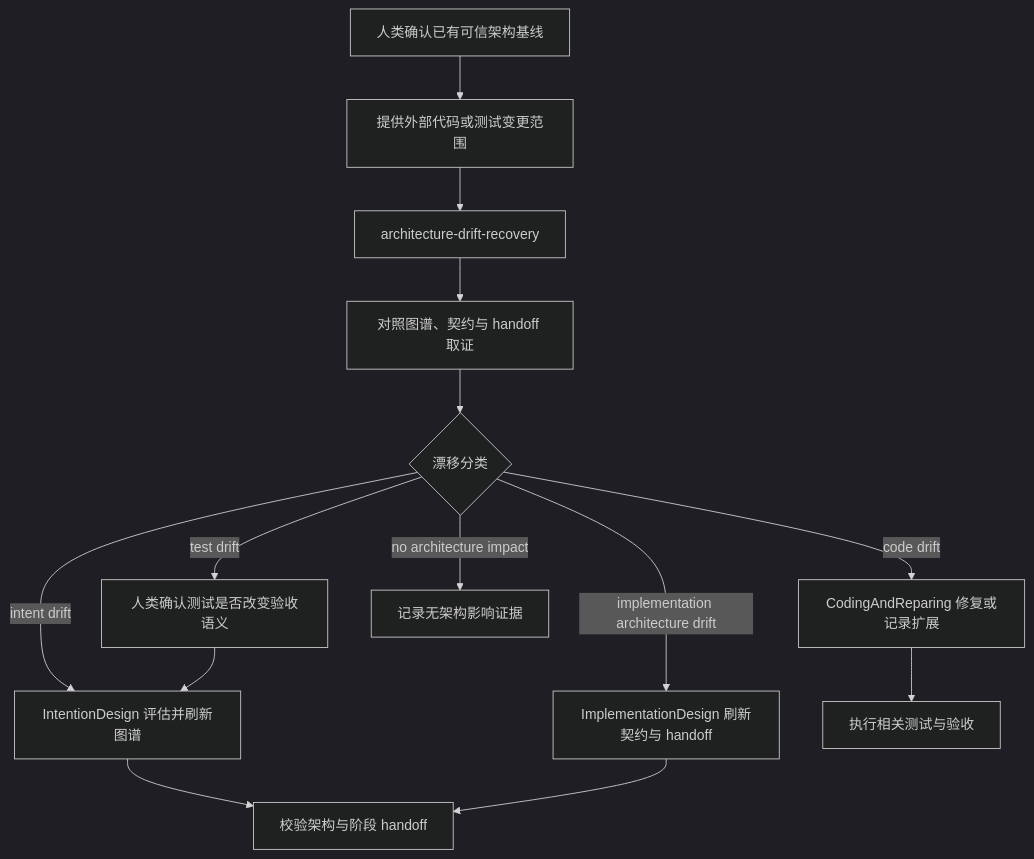
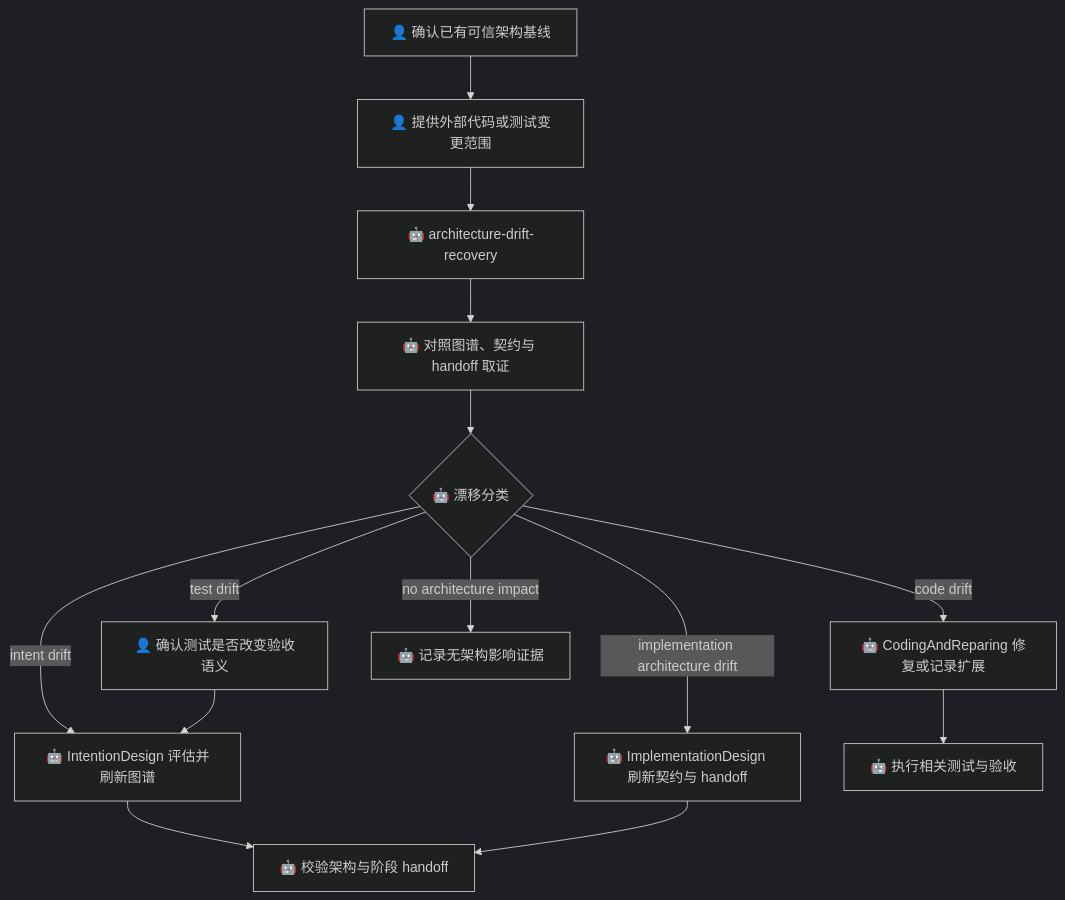
One commit to derekhu0002/Argo changed the fifth of 11 diagrams in design/argo-harness/usage-scenarios/README.md. Above: the diagram before and after it, drawn with Mermaid (dark theme). The commit also changed other lines of this file, not shown here.

````diff
--- a/design/argo-harness/usage-scenarios/README.md
+++ b/design/argo-harness/usage-scenarios/README.md
@@ -132,16 +135,16 @@
 ```mermaid
 flowchart TD
-    A[人类确认已有可信架构基线] --> B[提供外部代码或测试变更范围]
-    B --> C[architecture-drift-recovery]
-    C --> D[对照图谱、契约与 handoff 取证]
-    D --> E{漂移分类}
-    E -- intent drift --> F[IntentionDesign 评估并刷新图谱]
-    E -- implementation architecture drift --> G[ImplementationDesign 刷新契约与 handoff]
-    E -- code drift --> H[CodingAndReparing 修复或记录扩展]
-    E -- test drift --> I[人类确认测试是否改变验收语义]
+    A[👤 确认已有可信架构基线] --> B[👤 提供外部代码或测试变更范围]
+    B --> C[🤖 architecture-drift-recovery]
+    C --> D[🤖 对照图谱、契约与 handoff 取证]
+    D --> E{🤖 漂移分类}
+    E -- intent drift --> F[🤖 IntentionDesign 评估并刷新图谱]
+    E -- implementation architecture drift --> G[🤖 ImplementationDesign 刷新契约与 handoff]
+    E -- code drift --> H[🤖 CodingAndReparing 修复或记录扩展]
+    E -- test drift --> I[👤 确认测试是否改变验收语义]
     I --> F
-    E -- no architecture impact --> J[记录无架构影响证据]
-    F --> K[校验架构与阶段 handoff]
+    E -- no architecture impact --> J[🤖 记录无架构影响证据]
+    F --> K[🤖 校验架构与阶段 handoff]
     G --> K
-    H --> L[执行相关测试与验收]
+    H --> L[🤖 执行相关测试与验收]
 ```
````
